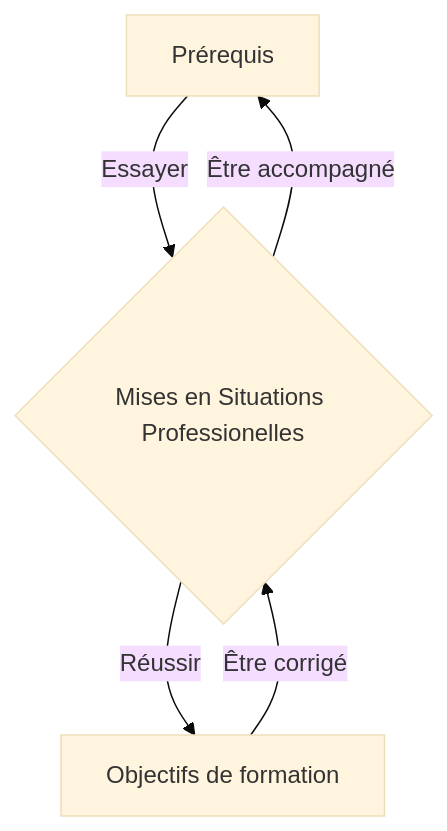
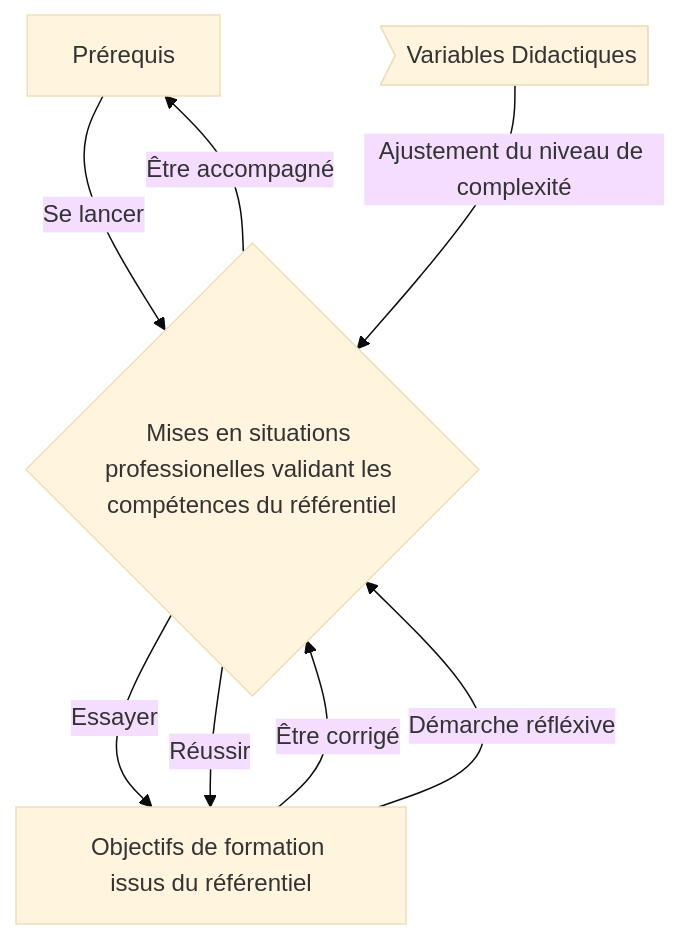
Before and after one commit to griftlab/Dojo-101: the first of 2 diagrams in Dojo-101-Apprentissage/README.md, drawn with Mermaid (base theme). The commit also changed other lines of this file and 2 other files, not shown here.

````diff
--- a/Dojo-101-Apprentissage/README.md
+++ b/Dojo-101-Apprentissage/README.md
@@ -26,7 +26,10 @@
 ```mermaid
 flowchart TD
-    A[Prérequis] -->|Essayer| B{Mises en Situations Professionelles}
+    A[Prérequis] -->|Se lancer| B{Mises en situations professionelles validant les compétences du référentiel}
+    B --> |Essayer| C[Objectifs de formation issus du référentiel]
     B --> |Être accompagné| A
-    B --> |Réussir| C[Objectifs de formation]
+    B --> |Réussir| C
     C --> |Être corrigé| B
+    C --> |Démarche réfléxive| B
+    D>Variables Didactiques] --> |Ajustement du niveau de complexité| B
 ```
````
